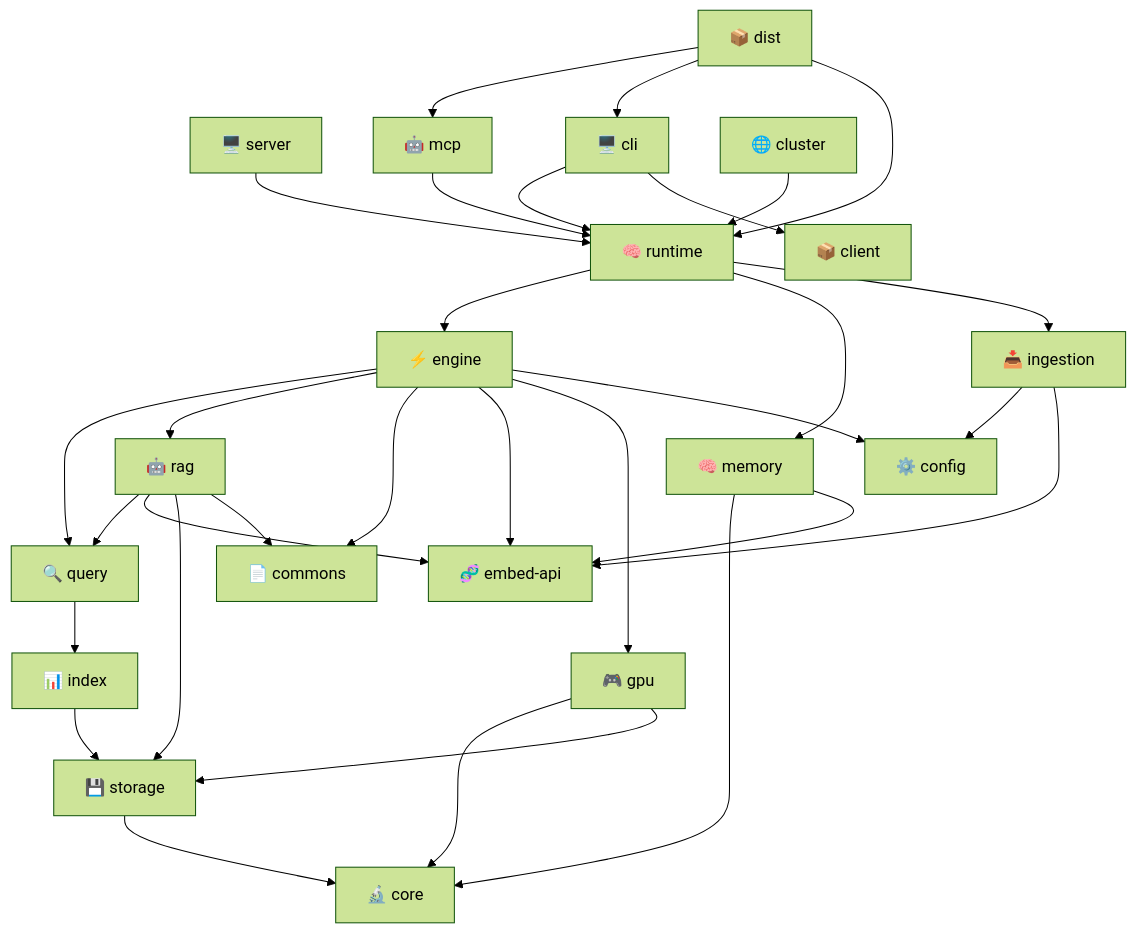
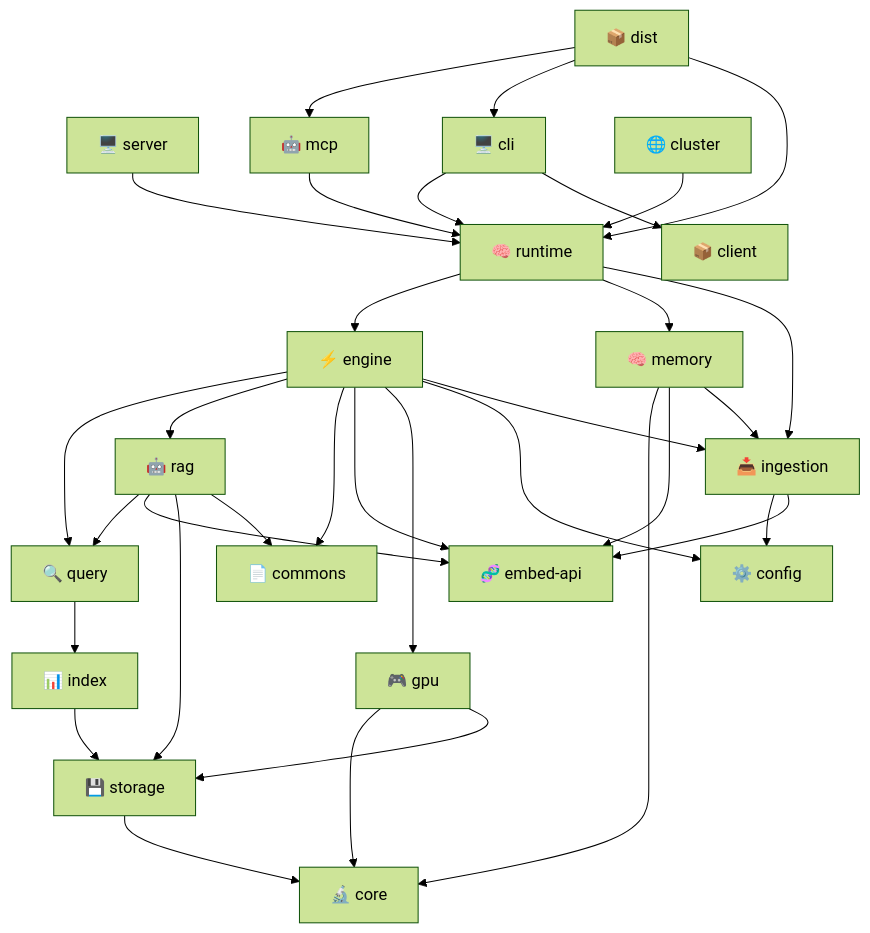
The second of 7 diagrams in docs/docs/architecture/overview.md (spectrayan/spector-search), drawn with Mermaid (forest theme) before and after one commit. The commit also changed other lines of this file and 8 other files, not shown here.

Commit message:
docs: update architecture docs for memory module and ingestion pipeline

````diff
--- a/docs/docs/architecture/overview.md
+++ b/docs/docs/architecture/overview.md
@@ -67,41 +67,43 @@
 ```mermaid
 graph TD
     server["🖥️ server"] --> runtime["🧠 runtime"]
     mcp["🤖 mcp"] --> runtime
     cli["🖥️ cli"] --> runtime
     cli --> client["📦 client"]
 
     runtime --> engine["⚡ engine"]
     runtime --> memory["🧠 memory"]
     runtime --> ingestion["📥 ingestion"]
 
     cluster["🌐 cluster"] --> runtime
     engine --> query["🔍 query"]
     engine --> rag["🤖 rag"]
     engine --> commons["📄 commons"]
     engine --> embedapi["🧬 embed-api"]
     engine --> gpu["🎮 gpu"]
     engine --> config["⚙️ config"]
 
     memory --> core["🔬 core"]
     memory --> embedapi
+    engine --> ingestion["📥 ingestion"]
+    memory --> ingestion
 
     ingestion --> config
     ingestion --> embedapi
 
     rag --> query
     rag --> embedapi
     rag --> storage
     rag --> commons
 
     query --> index["📊 index"]
     index --> storage["💾 storage"]
     storage --> core
 
     gpu --> core
     gpu --> storage
 
     dist["📦 dist"] --> mcp
     dist --> cli
     dist --> runtime
 ```
````
